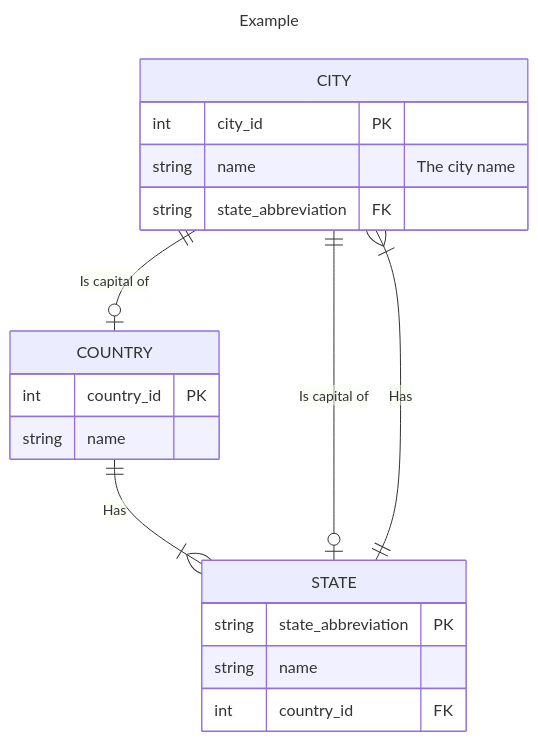
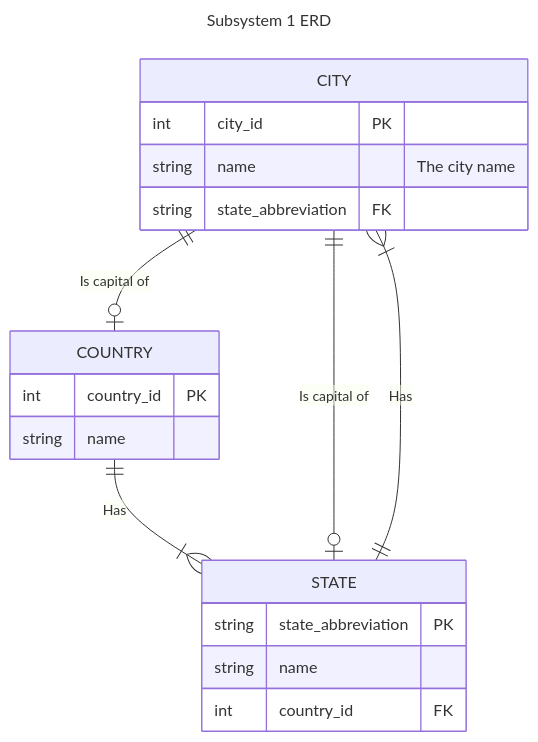
The first of 2 diagrams in README.md (almarcus/webapi_playground), drawn with Mermaid before and after one commit. The commit also changed other lines of this file and 1 other file, not shown here.

````diff
--- a/README.md
+++ b/README.md
@@ -3,24 +3,24 @@
 ```mermaid
 ---
-title: Example
+title: Subsystem 1 ERD
 ---
 erDiagram
     CITY {
         int city_id PK
         string name "The city name"
         string state_abbreviation FK
     }
     STATE {
         string state_abbreviation PK
         string name
         int country_id FK
     }
     COUNTRY {
         int country_id PK
         string name
     }
     COUNTRY ||--|{ STATE : "Has"
     STATE ||--|{ CITY : "Has"
     CITY ||--o| STATE : "Is capital of"
     CITY ||--o| COUNTRY : "Is capital of"
 ```
````
